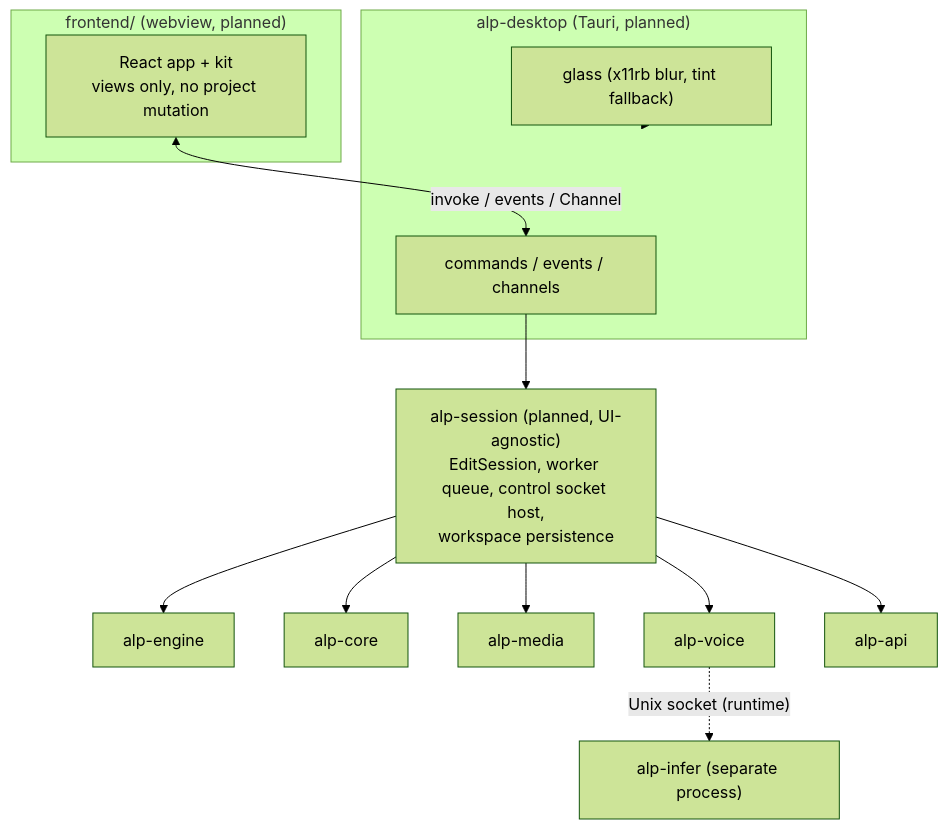
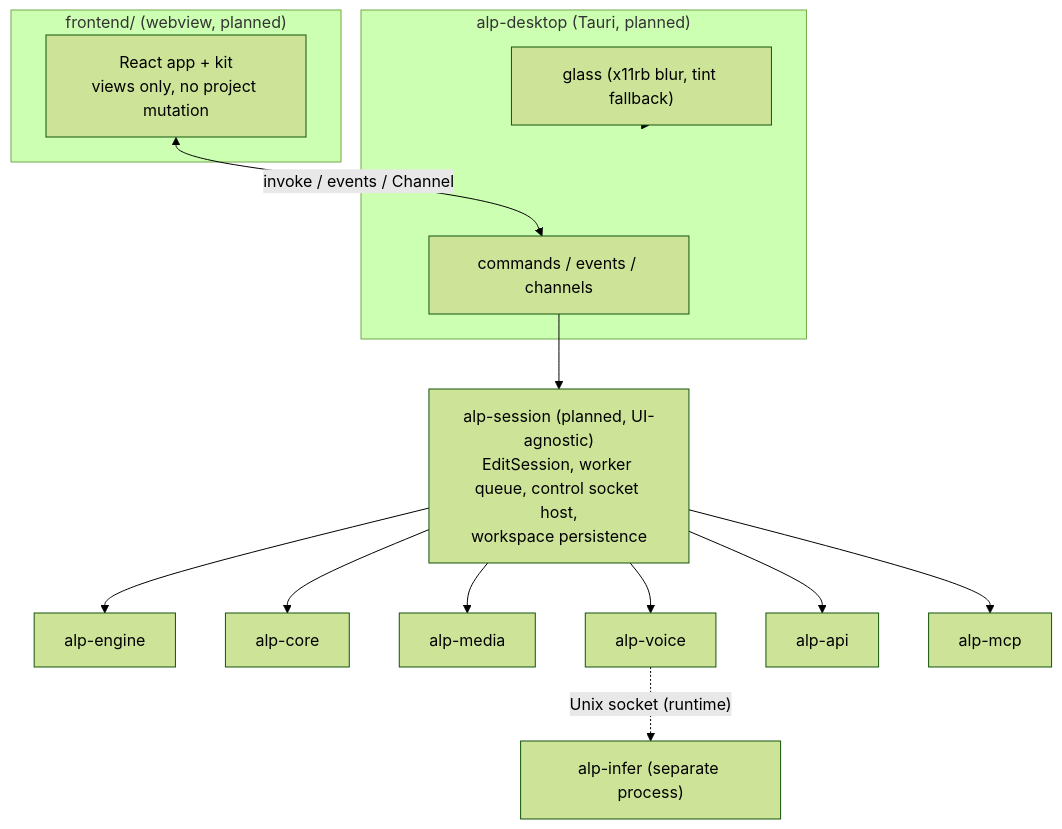
Before and after one commit to zvirox/audio-labs-pro: the second of 2 diagrams in docs/architecture/ARCHITECTURE.md, drawn with Mermaid (forest theme). The commit also changed other lines of this file and 2 other files, not shown here.

Commit message:
docs: record Phase M7 AI/MCP parity completion and verification

````diff
--- a/docs/architecture/ARCHITECTURE.md
+++ b/docs/architecture/ARCHITECTURE.md
@@ -67,27 +67,29 @@
 ```mermaid
 flowchart TD
   subgraph FE["frontend/ (webview, planned)"]
     REACT["React app + kit<br/>views only, no project mutation"]
   end
   subgraph DESK["alp-desktop (Tauri, planned)"]
     IPC["commands / events / channels"]
     GLASS["glass (x11rb blur, tint fallback)"]
   end
   SESSION["alp-session (planned, UI-agnostic)<br/>EditSession, worker queue, control socket host,<br/>workspace persistence"]
   ENG["alp-engine"]
   CORE["alp-core"]
   MEDIA["alp-media"]
   VOICE["alp-voice"]
   API["alp-api"]
+  MCP["alp-mcp"]
   INFER["alp-infer (separate process)"]
 
   REACT <-->|invoke / events / Channel| IPC
   IPC --> SESSION
   GLASS --> DESK
   SESSION --> ENG
   SESSION --> CORE
   SESSION --> MEDIA
   SESSION --> VOICE
   SESSION --> API
+  SESSION --> MCP
   VOICE -. "Unix socket (runtime)" .-> INFER
 ```
````
